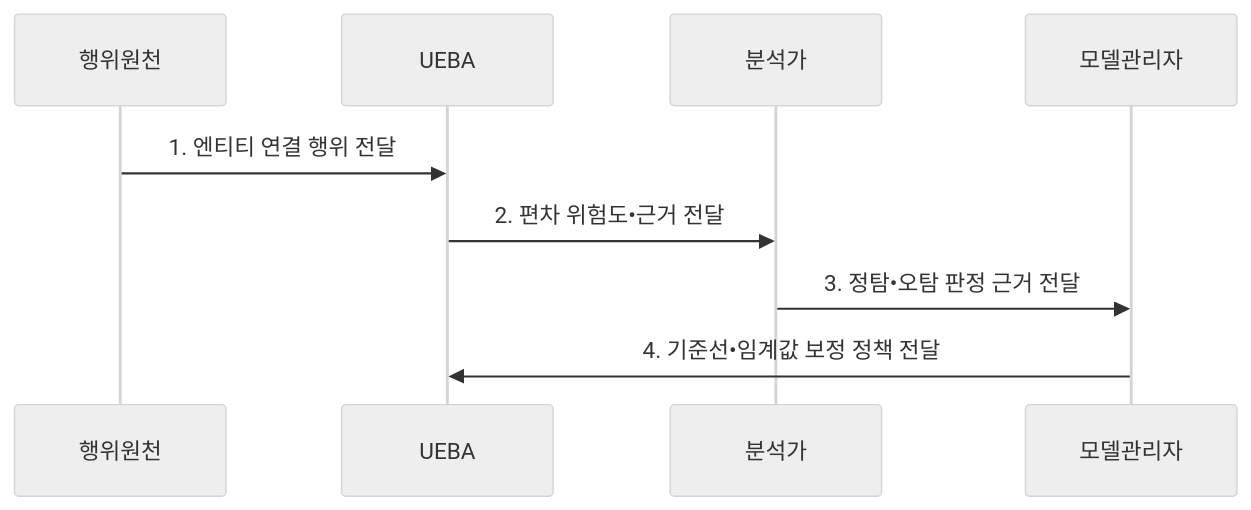
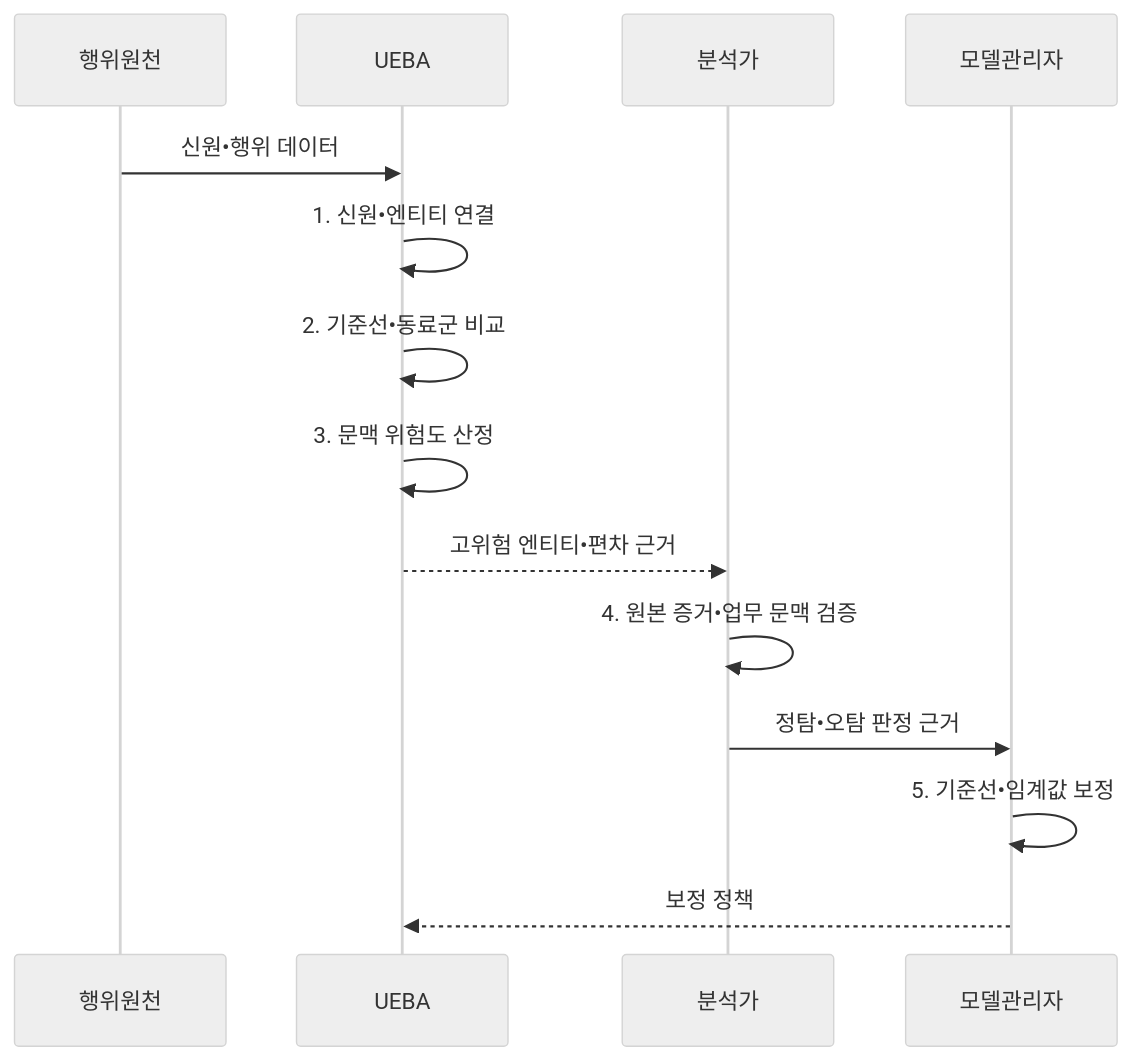
One commit to agnusdei1207/knowledge-base changed the second of 2 diagrams in src/content/docs/notes/05-security/038_ueba.md. Above: the diagram before and after it, drawn with Mermaid (neutral theme). The commit also changed other lines of this file and 13 other files, not shown here.

````diff
--- a/src/content/docs/notes/05-security/038_ueba.md
+++ b/src/content/docs/notes/05-security/038_ueba.md
@@ -105,11 +105,16 @@
 ```mermaid
 sequenceDiagram
     participant 행위원천
     participant UEBA
     participant 분석가
     participant 모델관리자
-    행위원천->>UEBA: 1. 엔티티 연결 행위 전달
-    UEBA->>분석가: 2. 편차 위험도•근거 전달
-    분석가->>모델관리자: 3. 정탐•오탐 판정 근거 전달
-    모델관리자->>UEBA: 4. 기준선•임계값 보정 정책 전달
+    행위원천->>UEBA: 신원•행위 데이터
+    UEBA->>UEBA: 1. 신원•엔티티 연결
+    UEBA->>UEBA: 2. 기준선•동료군 비교
+    UEBA->>UEBA: 3. 문맥 위험도 산정
+    UEBA-->>분석가: 고위험 엔티티•편차 근거
+    분석가->>분석가: 4. 원본 증거•업무 문맥 검증
+    분석가->>모델관리자: 정탐•오탐 판정 근거
+    모델관리자->>모델관리자: 5. 기준선•임계값 보정
+    모델관리자-->>UEBA: 보정 정책
 ```
````
